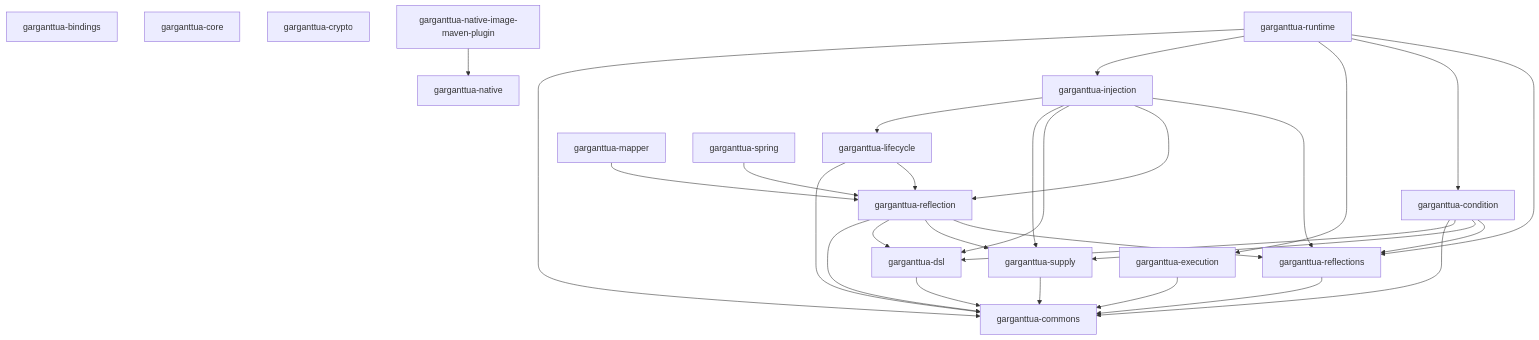
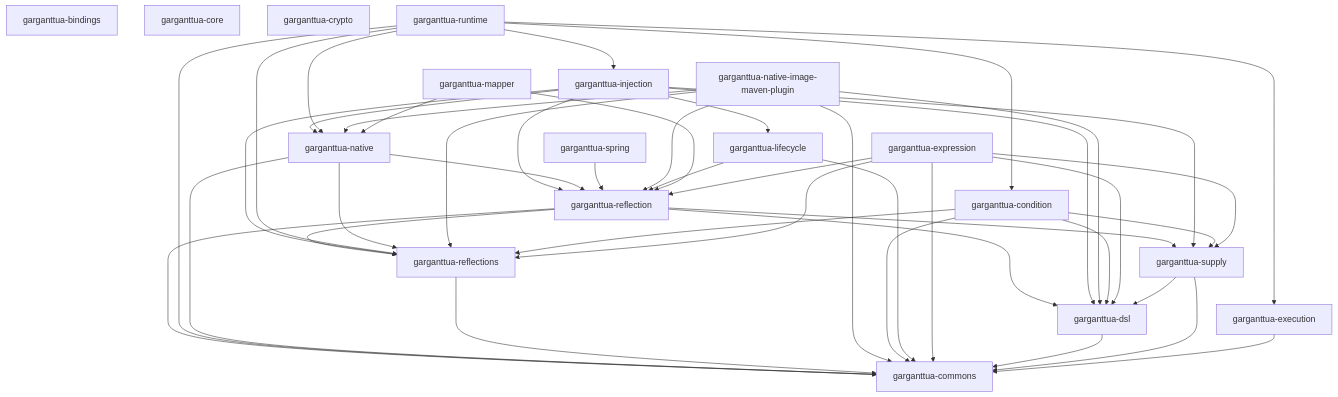
One commit to garganttua/garganttua-core changed the diagram in README.md. Above: the diagram before and after it, drawn with Mermaid. The commit also changed other lines of this file and 8 other files, not shown here.

````diff
--- a/README.md
+++ b/README.md
@@ -292,48 +294,65 @@
 ```mermaid
 graph TD
     garganttua-bindings["garganttua-bindings"]
     garganttua-commons["garganttua-commons"]
     garganttua-condition["garganttua-condition"]
     garganttua-core["garganttua-core"]
     garganttua-crypto["garganttua-crypto"]
     garganttua-dsl["garganttua-dsl"]
     garganttua-execution["garganttua-execution"]
+    garganttua-expression["garganttua-expression"]
     garganttua-injection["garganttua-injection"]
     garganttua-lifecycle["garganttua-lifecycle"]
     garganttua-mapper["garganttua-mapper"]
     garganttua-native["garganttua-native"]
     garganttua-native-image-maven-plugin["garganttua-native-image-maven-plugin"]
     garganttua-reflection["garganttua-reflection"]
     garganttua-reflections["garganttua-reflections"]
     garganttua-runtime["garganttua-runtime"]
     garganttua-spring["garganttua-spring"]
     garganttua-supply["garganttua-supply"]
 
     garganttua-reflection --> garganttua-commons
     garganttua-reflection --> garganttua-dsl
     garganttua-reflection --> garganttua-supply
     garganttua-reflection --> garganttua-reflections
     garganttua-injection --> garganttua-lifecycle
     garganttua-injection --> garganttua-supply
     garganttua-injection --> garganttua-dsl
     garganttua-injection --> garganttua-reflection
     garganttua-injection --> garganttua-reflections
+    garganttua-injection --> garganttua-native
     garganttua-runtime --> garganttua-commons
     garganttua-runtime --> garganttua-injection
     garganttua-runtime --> garganttua-execution
     garganttua-runtime --> garganttua-condition
     garganttua-runtime --> garganttua-reflections
+    garganttua-runtime --> garganttua-native
+    garganttua-native --> garganttua-commons
+    garganttua-native --> garganttua-reflection
+    garganttua-native --> garganttua-reflections
     garganttua-reflections --> garganttua-commons
     garganttua-spring --> garganttua-reflection
+    garganttua-native-image-maven-plugin --> garganttua-commons
+    garganttua-native-image-maven-plugin --> garganttua-dsl
     garganttua-native-image-maven-plugin --> garganttua-native
+    garganttua-native-image-maven-plugin --> garganttua-reflection
+    garganttua-native-image-maven-plugin --> garganttua-reflections
     garganttua-condition --> garganttua-commons
     garganttua-condition --> garganttua-dsl
     garganttua-condition --> garganttua-supply
     garganttua-condition --> garganttua-reflections
     garganttua-lifecycle --> garganttua-commons
     garganttua-lifecycle --> garganttua-reflection
     garganttua-mapper --> garganttua-reflection
+    garganttua-mapper --> garganttua-native
+    garganttua-expression --> garganttua-commons
+    garganttua-expression --> garganttua-dsl
+    garganttua-expression --> garganttua-supply
+    garganttua-expression --> garganttua-reflection
+    garganttua-expression --> garganttua-reflections
     garganttua-dsl --> garganttua-commons
     garganttua-supply --> garganttua-commons
+    garganttua-supply --> garganttua-dsl
     garganttua-execution --> garganttua-commons
 ```
````
